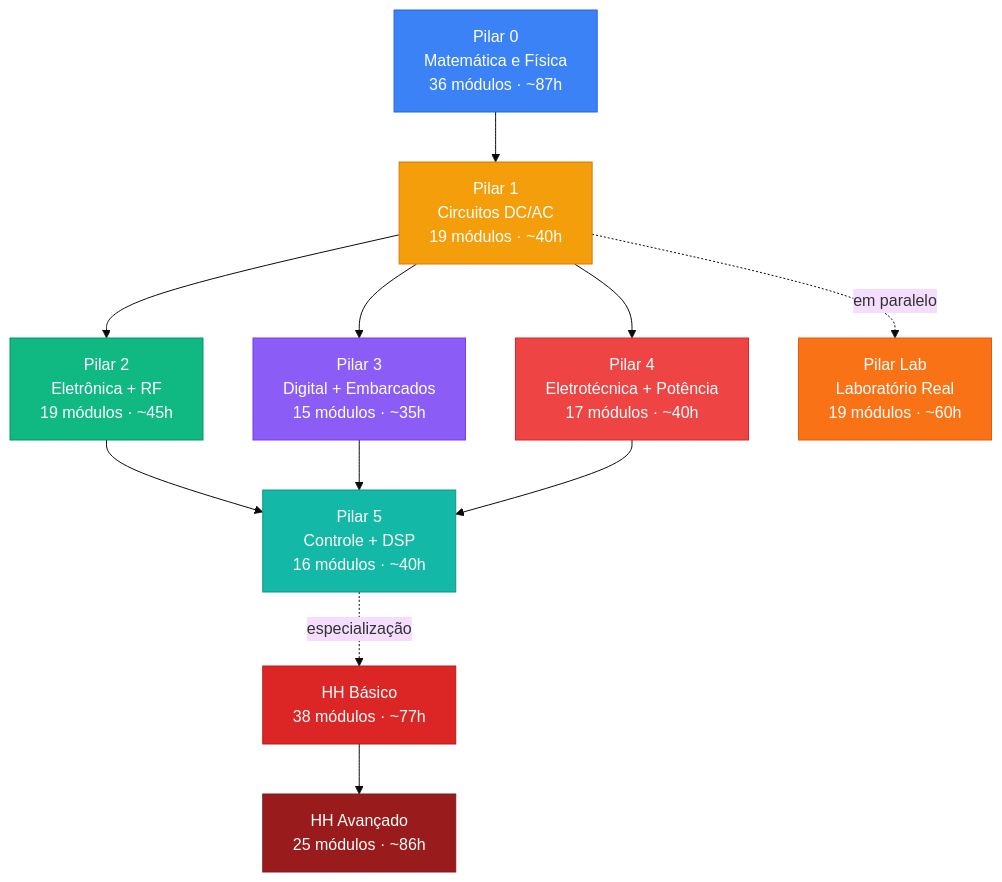
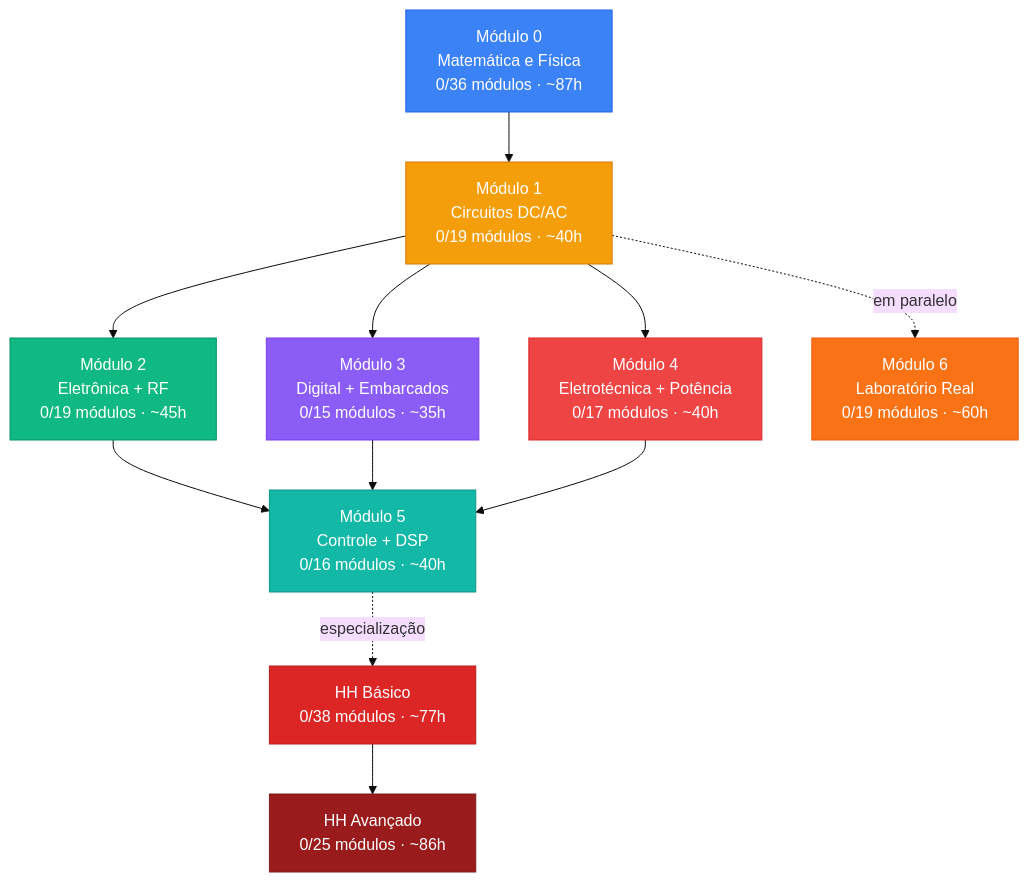
The diagram in README.md (webtraveler-br/EE-and-hardware-hacking), drawn with Mermaid (base theme) before and after one commit. The commit also changed other lines of this file and 250 other files, not shown here.

````diff
--- a/README.md
+++ b/README.md
@@ -28,29 +28,29 @@
 ```mermaid
 graph TD
-    P0["Pilar 0<br/>Matemática e Física<br/>36 módulos · ~87h"]
-    P1["Pilar 1<br/>Circuitos DC/AC<br/>19 módulos · ~40h"]
-    P2["Pilar 2<br/>Eletrônica + RF<br/>19 módulos · ~45h"]
-    P3["Pilar 3<br/>Digital + Embarcados<br/>15 módulos · ~35h"]
-    P4["Pilar 4<br/>Eletrotécnica + Potência<br/>17 módulos · ~40h"]
-    P5["Pilar 5<br/>Controle + DSP<br/>16 módulos · ~40h"]
-    LAB["Pilar Lab<br/>Laboratório Real<br/>19 módulos · ~60h"]
-    HHB["HH Básico<br/>38 módulos · ~77h"]
-    HHA["HH Avançado<br/>25 módulos · ~86h"]
+    P0["Módulo 0<br/>Matemática e Física<br/>0/36 módulos · ~87h"]
+    P1["Módulo 1<br/>Circuitos DC/AC<br/>0/19 módulos · ~40h"]
+    P2["Módulo 2<br/>Eletrônica + RF<br/>0/19 módulos · ~45h"]
+    P3["Módulo 3<br/>Digital + Embarcados<br/>0/15 módulos · ~35h"]
+    P4["Módulo 4<br/>Eletrotécnica + Potência<br/>0/17 módulos · ~40h"]
+    P5["Módulo 5<br/>Controle + DSP<br/>0/16 módulos · ~40h"]
+    LAB["Módulo 6<br/>Laboratório Real<br/>0/19 módulos · ~60h"]
+    HHB["HH Básico<br/>0/38 módulos · ~77h"]
+    HHA["HH Avançado<br/>0/25 módulos · ~86h"]
 
     P0 --> P1
     P1 --> P2 & P3 & P4
     P2 & P3 & P4 --> P5
     P1 -.->|em paralelo| LAB
     P5 -.->|especialização| HHB
     HHB --> HHA
 
     style P0 fill:#3b82f6,color:#fff,stroke:#2563eb
     style P1 fill:#f59e0b,color:#fff,stroke:#d97706
     style P2 fill:#10b981,color:#fff,stroke:#059669
     style P3 fill:#8b5cf6,color:#fff,stroke:#7c3aed
     style P4 fill:#ef4444,color:#fff,stroke:#dc2626
     style P5 fill:#14b8a6,color:#fff,stroke:#0d9488
     style LAB fill:#f97316,color:#fff,stroke:#ea580c
     style HHB fill:#dc2626,color:#fff,stroke:#b91c1c
     style HHA fill:#991b1b,color:#fff,stroke:#7f1d1d
 ```
````
